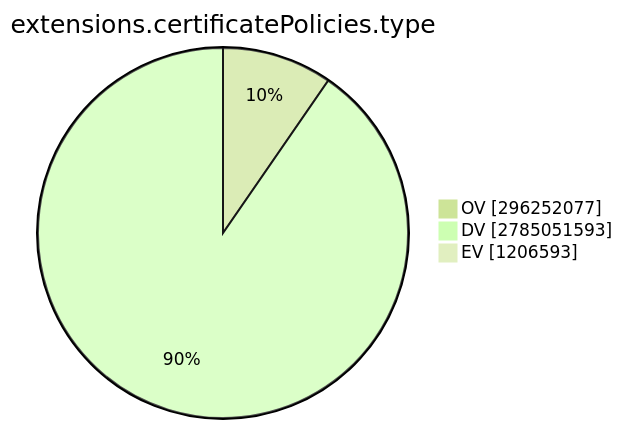
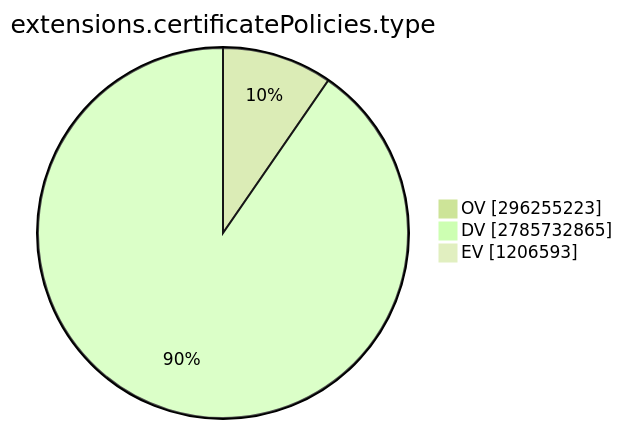
One commit to christiankrug/ctmonitor_visualization changed the ninth of 15 diagrams in TOTAL/README.md. Above: the diagram before and after it, drawn with Mermaid (forest theme). The commit also changed other lines of this file, not shown here.

````diff
--- a/TOTAL/README.md
+++ b/TOTAL/README.md
@@ -3099,7 +3099,7 @@
 ```mermaid
 pie showData
 title extensions.certificatePolicies.type
-"OV" :296252077
-"DV" :2785051593
+"OV" :296255223
+"DV" :2785732865
 "EV" :1206593
 ```
````
